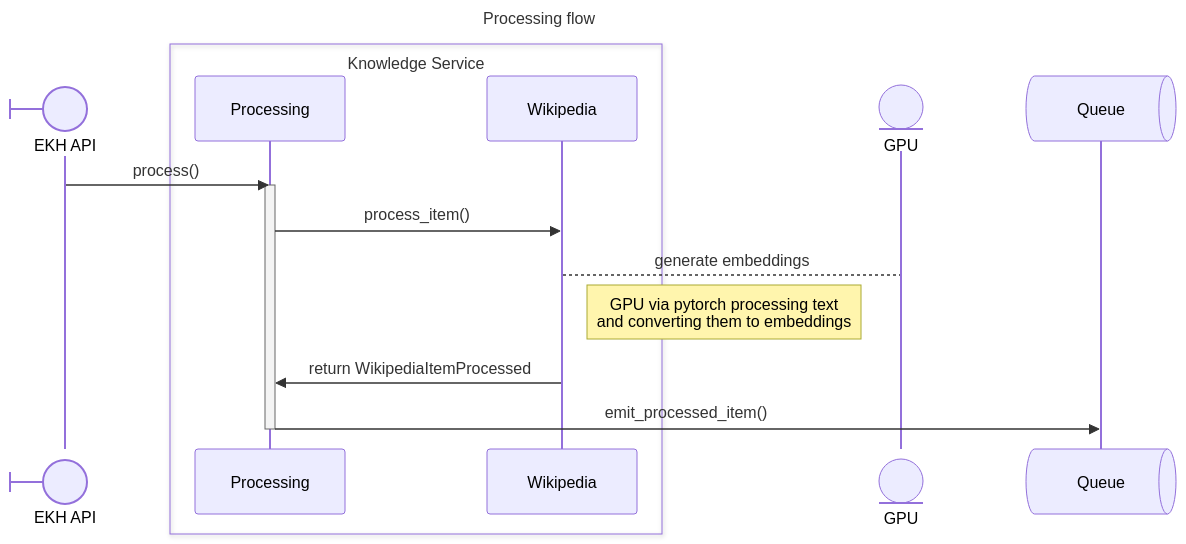
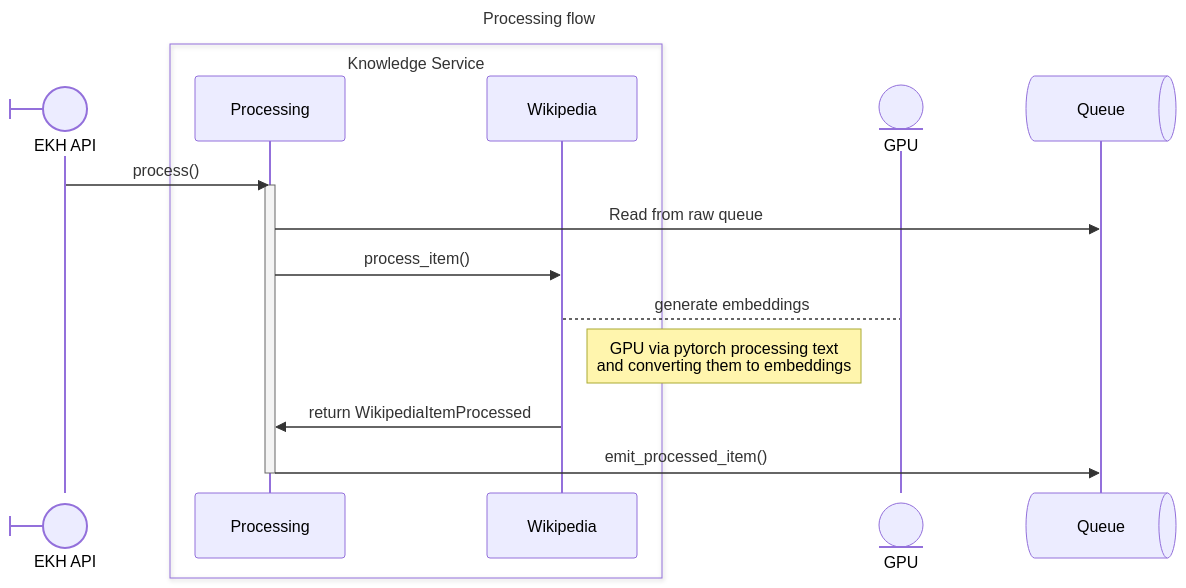
Before and after one commit to ssc-dsai/enterprise-knowledge-hub: the second of 3 diagrams in docs/mermaid-diagram.md, drawn with Mermaid. The commit also changed other lines of this file, not shown here.

Commit message:
wip added read and note about batching

````diff
--- a/docs/mermaid-diagram.md
+++ b/docs/mermaid-diagram.md
@@ -49,25 +49,26 @@
 ```mermaid
 ---
 title: Processing flow
 ---
 sequenceDiagram
     participant API@{ "type": "boundary" } as EKH API
 
     box Knowledge Service
     participant process as Processing
     participant impl as Wikipedia
     end
 
     participant GPU@{ "type" : "entity" }
 
     participant queue@{ "type" : "queue" } as Queue
 
     API->>process: process()
     activate process
+    process->>queue: Read from raw queue
     process->>impl: process_item()
     impl-->GPU: generate embeddings
     Note right of impl: GPU via pytorch processing text <br/> and converting them to embeddings
     impl->>process: return WikipediaItemProcessed
     process->>queue: emit_processed_item()
     deactivate process
 ```
````
